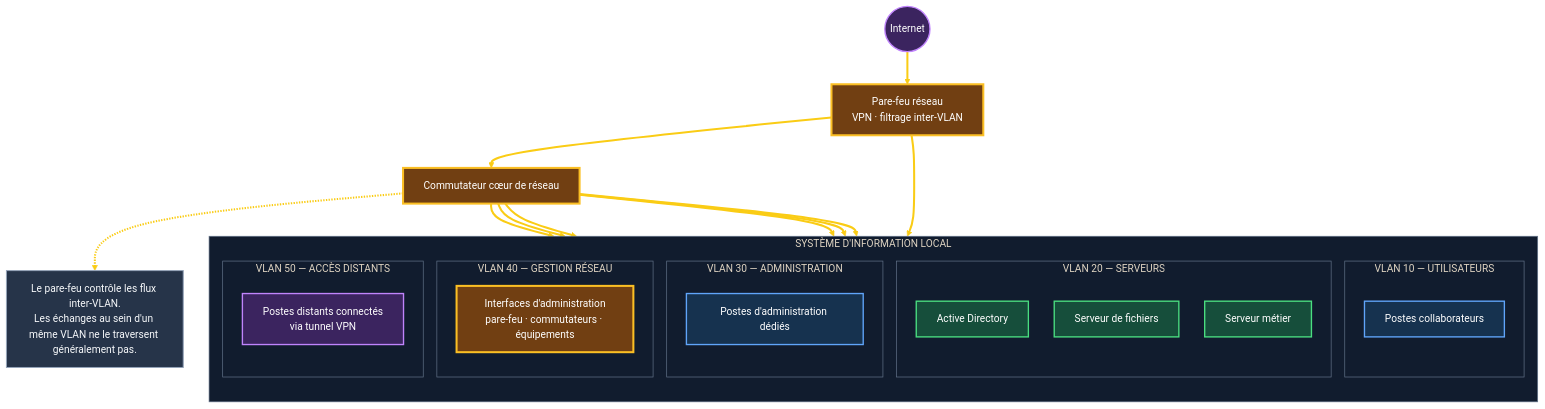
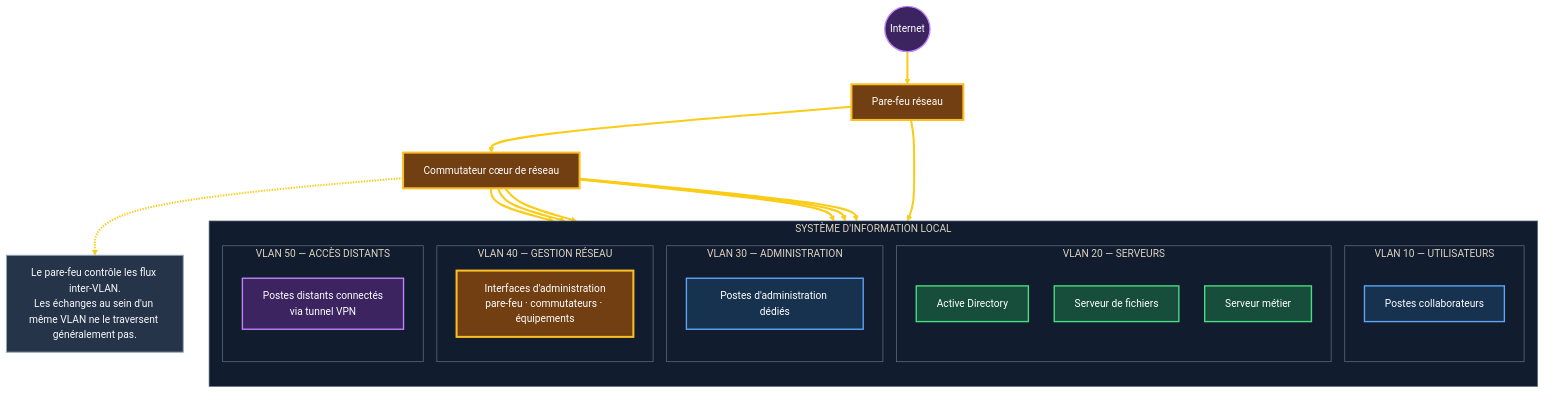
Before and after one commit to Chanc-111/Chanc-111: the diagram in projects/01-zero-trust-architecture/diagrams/01-existing-architecture.mmd, drawn with Mermaid.

Commit message:
Simplify firewall label in existing architecture diagram
Updated the firewall label in the existing architecture diagram to remove unnecessary details.

```diff
--- a/projects/01-zero-trust-architecture/diagrams/01-existing-architecture.mmd
+++ b/projects/01-zero-trust-architecture/diagrams/01-existing-architecture.mmd
@@ -1,52 +1,52 @@
 %%{init: {"theme":"base","themeVariables":{"background":"#0b1220","primaryColor":"#172b45","primaryTextColor":"#f8fafc","primaryBorderColor":"#60a5fa","lineColor":"#facc15","secondaryColor":"#182235","tertiaryColor":"#202b3d","clusterBkg":"#111c2e","clusterBorder":"#64748b","edgeLabelBackground":"#263449","fontFamily":"Arial","fontSize":"15px"},"flowchart":{"curve":"basis","htmlLabels":true,"nodeSpacing":38,"rankSpacing":48}}}%%
 flowchart TB
     WAN(("Internet"))
-    FW["Pare-feu réseau<br/>VPN · filtrage inter-VLAN"]
+    FW["Pare-feu réseau"]
     CORE["Commutateur cœur de réseau"]
 
     subgraph LOCAL["SYSTÈME D'INFORMATION LOCAL"]
         direction TB
         subgraph V10["VLAN 10 — UTILISATEURS"]
             USERS["Postes collaborateurs"]
         end
         subgraph V20["VLAN 20 — SERVEURS"]
             AD["Active Directory"]
             FILES["Serveur de fichiers"]
             APP["Serveur métier"]
         end
         subgraph V30["VLAN 30 — ADMINISTRATION"]
             ADM["Postes d'administration dédiés"]
         end
         subgraph V40["VLAN 40 — GESTION RÉSEAU"]
             MGMT["Interfaces d'administration<br/>pare-feu · commutateurs · équipements"]
         end
         subgraph V50["VLAN 50 — ACCÈS DISTANTS"]
             VPN["Postes distants connectés<br/>via tunnel VPN"]
         end
     end
 
     WAN --> FW
     FW --> CORE
     CORE --> USERS
     CORE --> AD
     CORE --> FILES
     CORE --> APP
     CORE --> ADM
     CORE --> MGMT
     FW --> VPN
 
     NOTE["Le pare-feu contrôle les flux inter-VLAN.<br/>Les échanges au sein d'un même VLAN ne le traversent généralement pas."]
     CORE -.-> NOTE
 
     classDef endpoint fill:#16324f,stroke:#60a5fa,stroke-width:2px,color:#ffffff
     classDef server fill:#164e3b,stroke:#4ade80,stroke-width:2px,color:#ffffff
     classDef network fill:#713f12,stroke:#fbbf24,stroke-width:3px,color:#ffffff
     classDef external fill:#3b245f,stroke:#c084fc,stroke-width:2px,color:#ffffff
     classDef note fill:#263449,stroke:#94a3b8,stroke-width:1.5px,color:#f8fafc
 
     class USERS,ADM endpoint
     class AD,FILES,APP server
     class FW,CORE,MGMT network
     class WAN,VPN external
     class NOTE note
     linkStyle default stroke:#facc15,stroke-width:3px,color:#f8fafc
```
